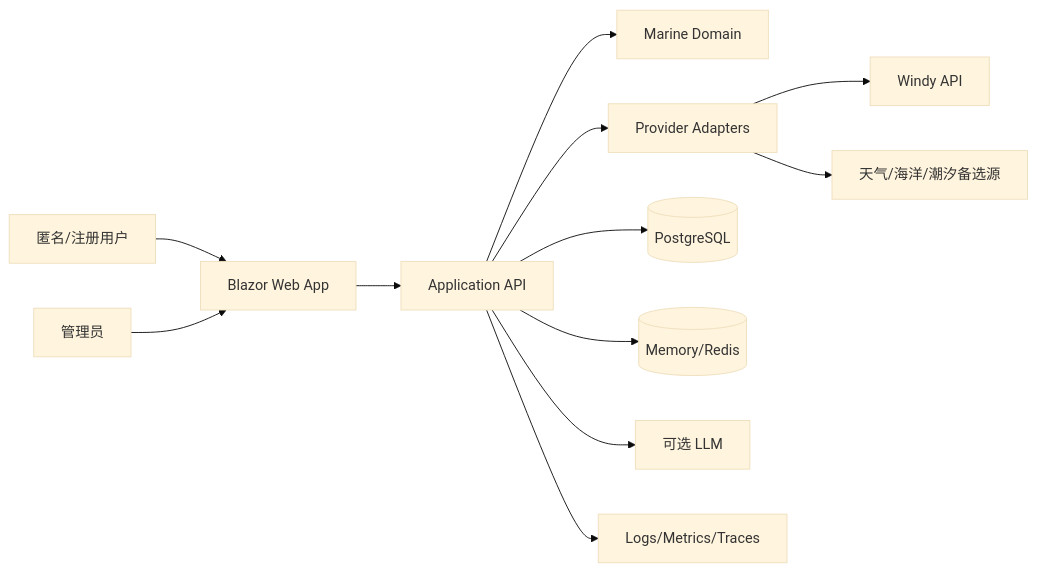
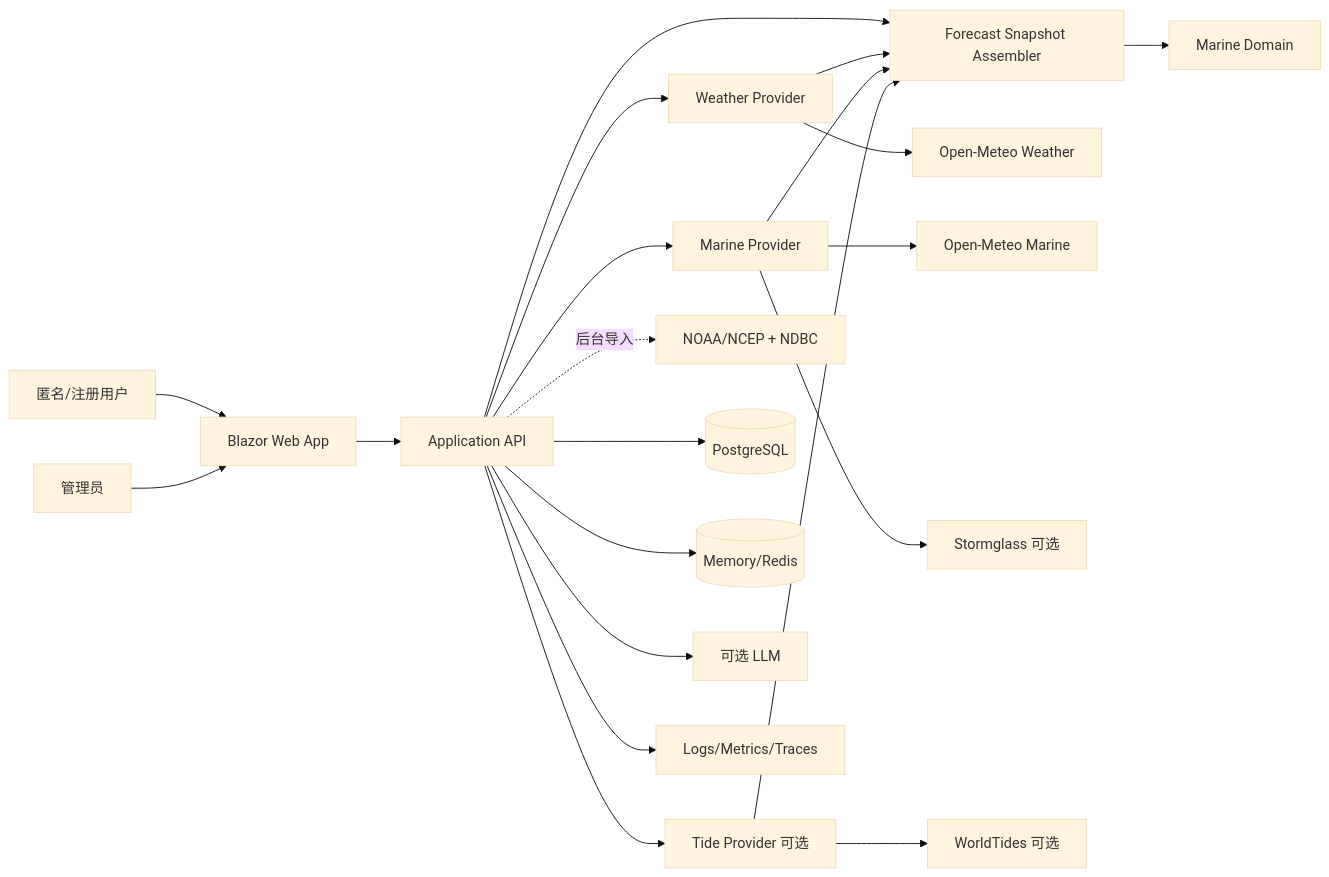
The first of 4 diagrams in docs/03-系统架构设计(SAD).md (Camefor/marine-insight), drawn with Mermaid (base theme) before and after one commit. The commit also changed other lines of this file and 19 other files, not shown here.

````diff
--- a/docs/03-系统架构设计(SAD).md
+++ b/docs/03-系统架构设计(SAD).md
@@ -21,14 +21,23 @@
 ```mermaid
 flowchart LR
     User[匿名/注册用户] --> Web[Blazor Web App]
     Admin[管理员] --> Web
     Web --> App[Application API]
-    App --> Domain[Marine Domain]
-    App --> Providers[Provider Adapters]
-    Providers --> Windy[Windy API]
-    Providers --> Alternatives[天气/海洋/潮汐备选源]
+    App --> Assembler[Forecast Snapshot Assembler]
+    Assembler --> Domain[Marine Domain]
+    App --> Weather[Weather Provider]
+    App --> Marine[Marine Provider]
+    App --> Tide[Tide Provider 可选]
+    Weather --> OpenWeather[Open-Meteo Weather]
+    Marine --> OpenMarine[Open-Meteo Marine]
+    Marine --> Stormglass[Stormglass 可选]
+    Tide --> WorldTides[WorldTides 可选]
+    App -.后台导入.-> NOAA[NOAA/NCEP + NDBC]
+    Weather --> Assembler
+    Marine --> Assembler
+    Tide --> Assembler
     App --> Db[(PostgreSQL)]
     App --> Cache[(Memory/Redis)]
     App --> Llm[可选 LLM]
     App --> Obs[Logs/Metrics/Traces]
 ```
````
